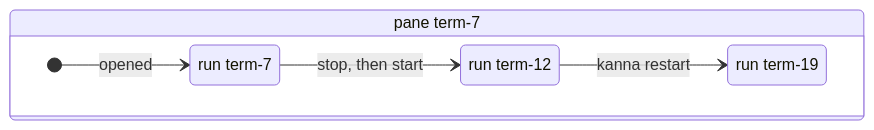
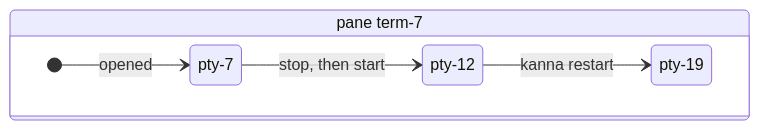
One commit to tampopogk/kanna changed the first of 2 diagrams in docs/specs/durable-panes.md. Above: the diagram before and after it, drawn with Mermaid. The commit also changed other lines of this file and 20 other files, not shown here.

````diff
--- a/docs/specs/durable-panes.md
+++ b/docs/specs/durable-panes.md
@@ -21,13 +21,13 @@
 ```mermaid
 stateDiagram-v2
     direction LR
     state "pane term-7" as P {
         direction LR
-        state "run term-7" as R1
-        state "run term-12" as R2
-        state "run term-19" as R3
+        state "pty-7" as R1
+        state "pty-12" as R2
+        state "pty-19" as R3
         [*] --> R1: opened
         R1 --> R2: stop, then start
         R2 --> R3: kanna restart
     }
 ```
````
